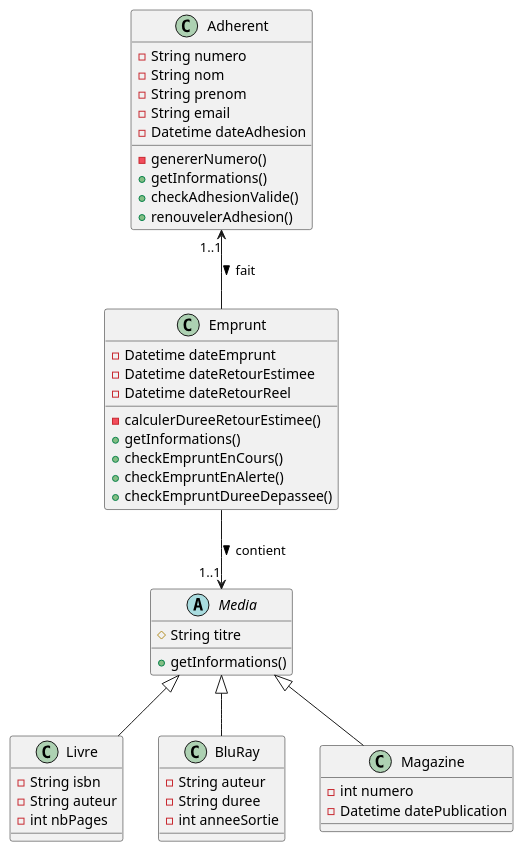
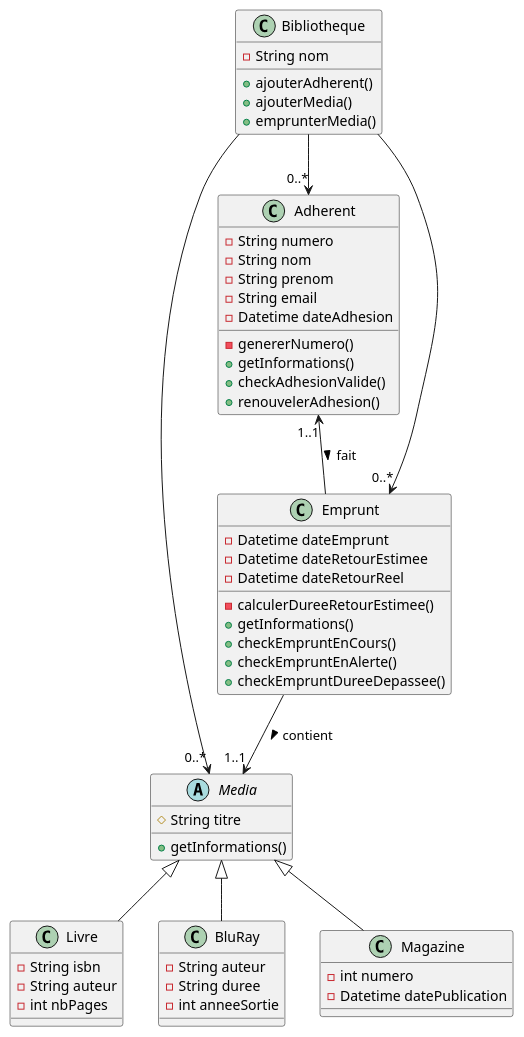
One commit to Nekute/php_bibliotheque changed the diagram in documentation/bibliotheque.puml. Above: the diagram before and after it, drawn with PlantUML. The commit also changed 6 other files, not shown here.

```diff
--- a/documentation/bibliotheque.puml
+++ b/documentation/bibliotheque.puml
@@ -1,50 +1,59 @@
 @startuml
 abstract class Media{
     #String titre
     +getInformations()
 }
 class Livre {
     -String isbn
     -String auteur
     -int nbPages
 }
 class BluRay{
     -String auteur
     -String duree
     -int anneeSortie
 }
 class Magazine{
     -int numero
     -Datetime datePublication
 }
 
 class Adherent{
     -String numero
     -String nom
     -String prenom
     -String email
     -Datetime dateAdhesion
     -genererNumero()
     +getInformations()
     +checkAdhesionValide()
     +renouvelerAdhesion()
 }
 class Emprunt{
     -Datetime dateEmprunt
     -Datetime dateRetourEstimee
     -Datetime dateRetourReel
     -calculerDureeRetourEstimee()
     +getInformations()
     +checkEmpruntEnCours()
     +checkEmpruntEnAlerte()
     +checkEmpruntDureeDepassee()
 
 }
+class Bibliotheque{
+    -String nom
+    +ajouterAdherent()
+    +ajouterMedia()
+    +emprunterMedia()
+}
+
+Bibliotheque-->"0..*"Media
+Bibliotheque-->"0..*"Adherent
+Bibliotheque-->"0..*"Emprunt
 Media <|-- Livre
 Media <|-- BluRay
 Media <|-- Magazine
-
 Adherent "1..1" <-- Emprunt : fait >
 Emprunt --> "1..1" Media : contient >
 
 @enduml
```
